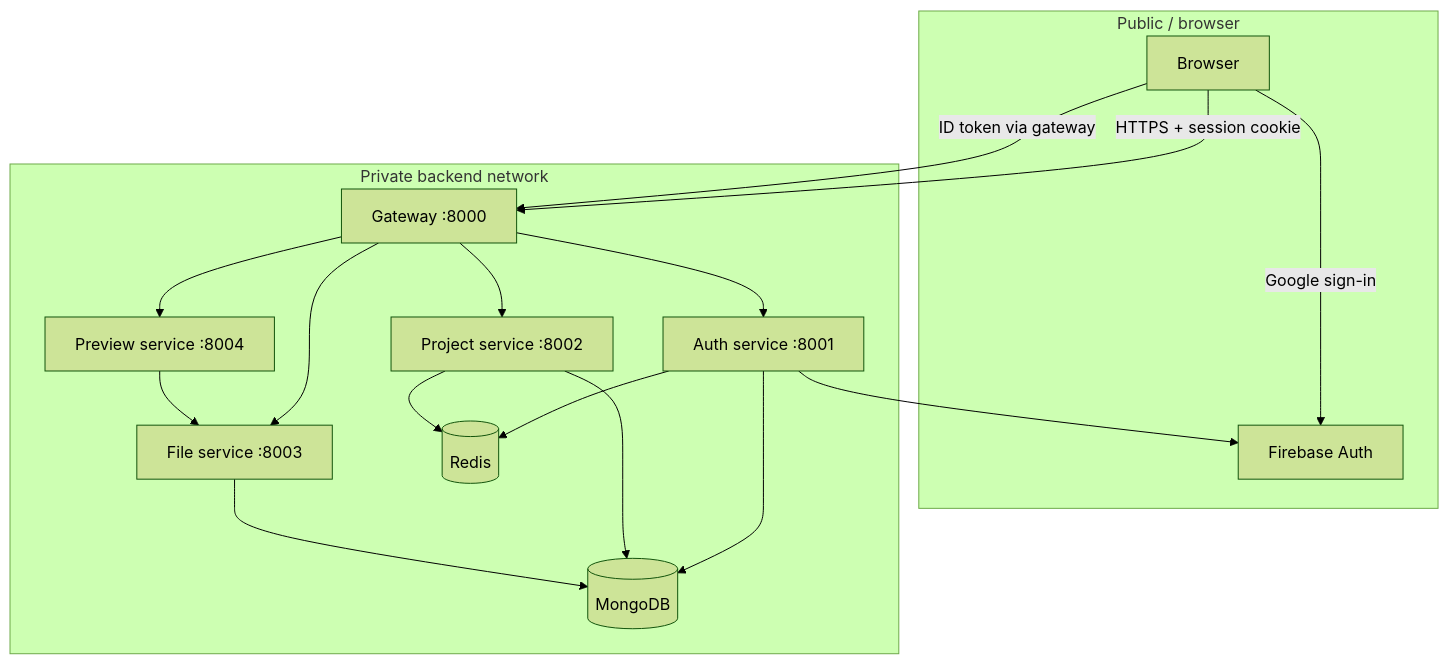
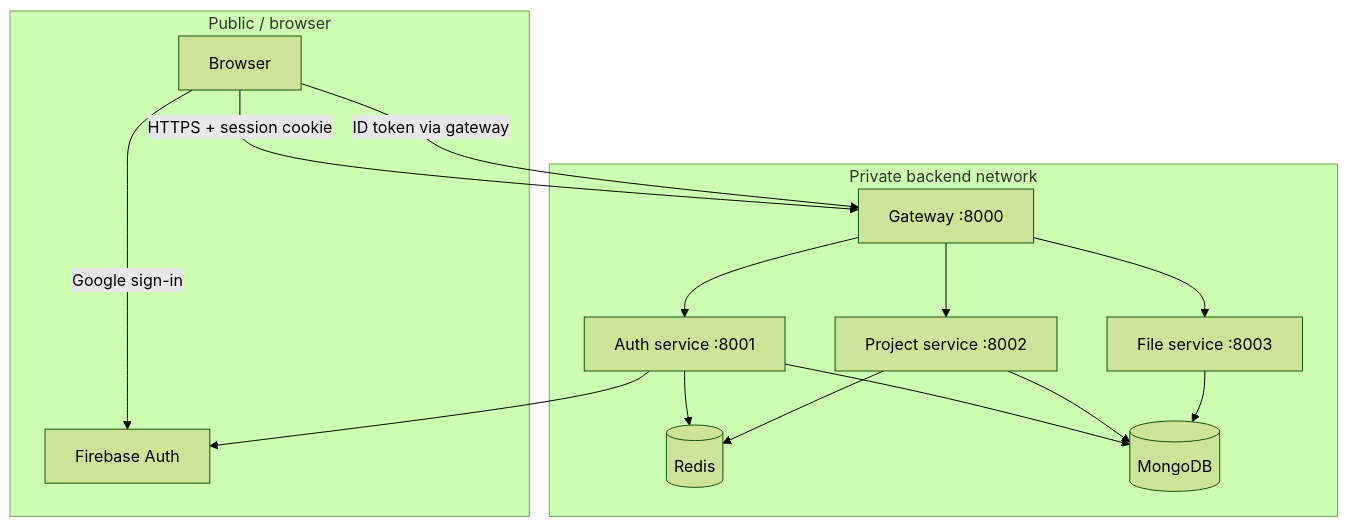
The diagram in docs/backend/security.md (yamanhassan1/NexPulse), drawn with Mermaid (forest theme) before and after one commit. The commit also changed other lines of this file and 57 other files, not shown here.

````diff
--- a/docs/backend/security.md
+++ b/docs/backend/security.md
@@ -9,32 +9,29 @@
 ```mermaid
 flowchart TD
     subgraph Public["Public / browser"]
         B["Browser"]
         FB["Firebase Auth"]
     end
 
     subgraph Private["Private backend network"]
         G["Gateway :8000"]
         A["Auth service :8001"]
         P["Project service :8002"]
         F["File service :8003"]
-        V["Preview service :8004"]
         R[("Redis")]
         M[("MongoDB")]
     end
 
     B -->|"HTTPS + session cookie"| G
     B -->|"Google sign-in"| FB
     B -->|"ID token via gateway"| G
     G --> A
     G --> P
     G --> F
-    G --> V
     A --> FB
     A --> M
     A --> R
     P --> M
     P --> R
     F --> M
-    V --> F
 ```
````
